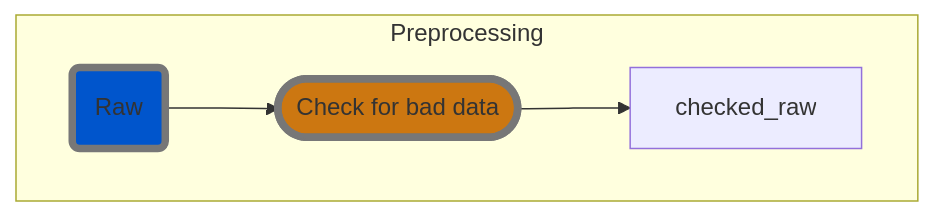
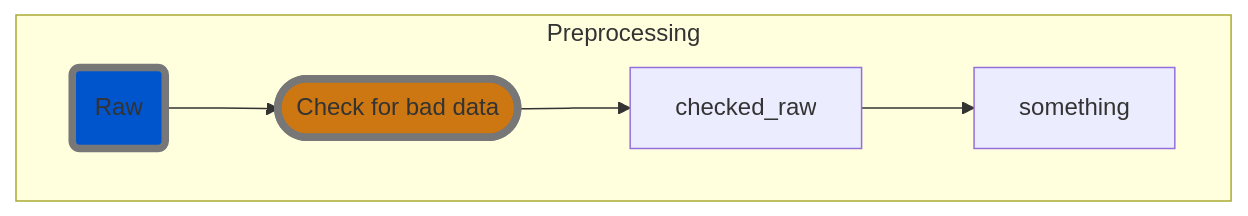
The diagram in README.md (hiroyoshi-yamasaki/MNE-MVPA), drawn with Mermaid before and after one commit.

Commit message:
mermaid not working on github

````diff
--- a/README.md
+++ b/README.md
@@ -4,21 +4,21 @@
 ```mermaid
 graph TD
     %% Processes
     classDef automatic_process fill: #b21, stroke-width: 5px, stroke: #777
     classDef manual_process fill: #c71, stroke-width: 5px, stroke: #777
     
     %% Data
     classDef mne_data fill: #05c, stroke-width: 5px, stroke: #777
     classDef event_data fill: #260, stroke-width: 5px, stroke: #777
     classDef other_data fill: #55c, stroke-width: 5px, stroke: #777
 
     %% Preprocessing MEG data
     subgraph "Preprocessing"
     
         %% Manual check for bad channels, artefacts etc.
         raw_data("Raw"):::mne_data --> check_raw(["Check for bad data"]):::manual_process;
         check_raw --> checked_raw;
-        %% checked_raw --> filter;
+        checked_raw --> something;
     end
     
 ```
````
